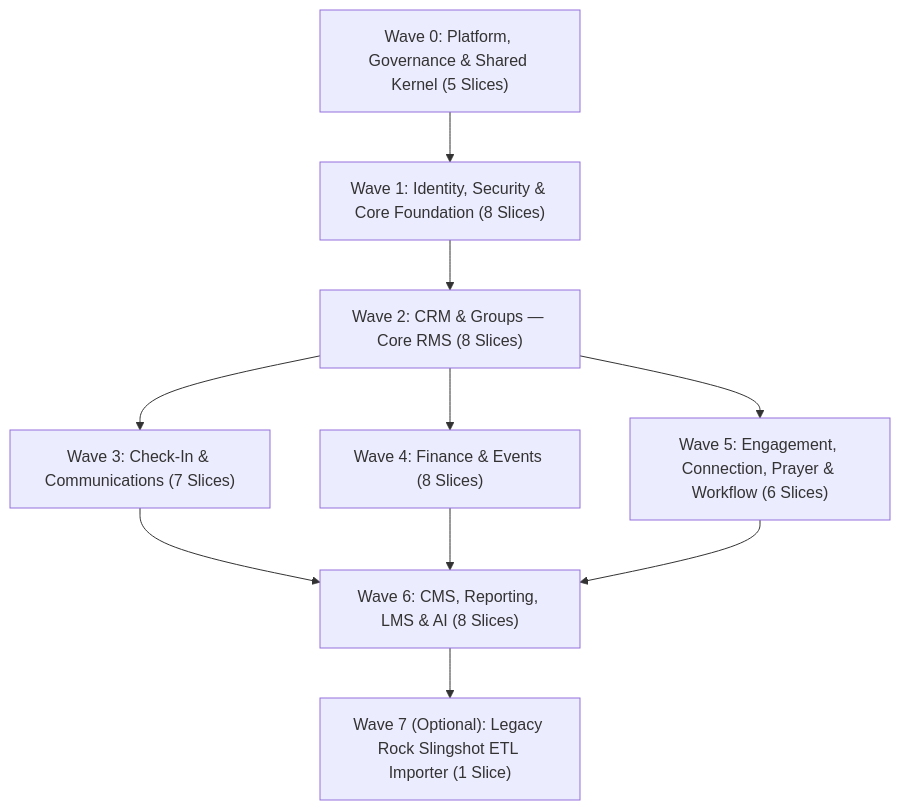
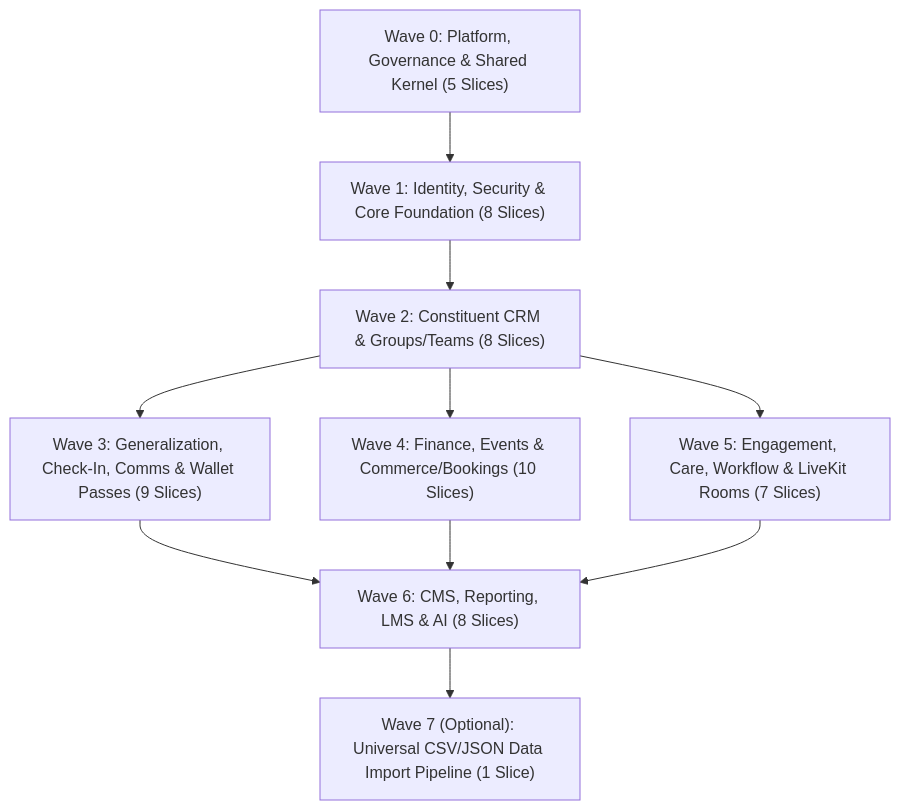
Before and after one commit to reginald-chapple/Ruth: the second of 2 diagrams in docs/IMPLEMENTATION_PLAN.md, drawn with Mermaid. The commit also changed other lines of this file and 330 other files, not shown here.

````diff
--- a/docs/IMPLEMENTATION_PLAN.md
+++ b/docs/IMPLEMENTATION_PLAN.md
@@ -134,12 +137,12 @@
 ```mermaid
 flowchart TD
     W0["Wave 0: Platform, Governance & Shared Kernel (5 Slices)"] --> W1["Wave 1: Identity, Security & Core Foundation (8 Slices)"]
-    W1 --> W2["Wave 2: CRM & Groups — Core RMS (8 Slices)"]
-    W2 --> W3["Wave 3: Check-In & Communications (7 Slices)"]
-    W2 --> W4["Wave 4: Finance & Events (8 Slices)"]
-    W2 --> W5["Wave 5: Engagement, Connection, Prayer & Workflow (6 Slices)"]
+    W1 --> W2["Wave 2: Constituent CRM & Groups/Teams (8 Slices)"]
+    W2 --> W3["Wave 3: Generalization, Check-In, Comms & Wallet Passes (9 Slices)"]
+    W2 --> W4["Wave 4: Finance, Events & Commerce/Bookings (10 Slices)"]
+    W2 --> W5["Wave 5: Engagement, Care, Workflow & LiveKit Rooms (7 Slices)"]
     W3 --> W6["Wave 6: CMS, Reporting, LMS & AI (8 Slices)"]
     W4 --> W6
     W5 --> W6
-    W6 --> W7["Wave 7 (Optional): Legacy Rock Slingshot ETL Importer (1 Slice)"]
+    W6 --> W7["Wave 7 (Optional): Universal CSV/JSON Data Import Pipeline (1 Slice)"]
 ```
````
